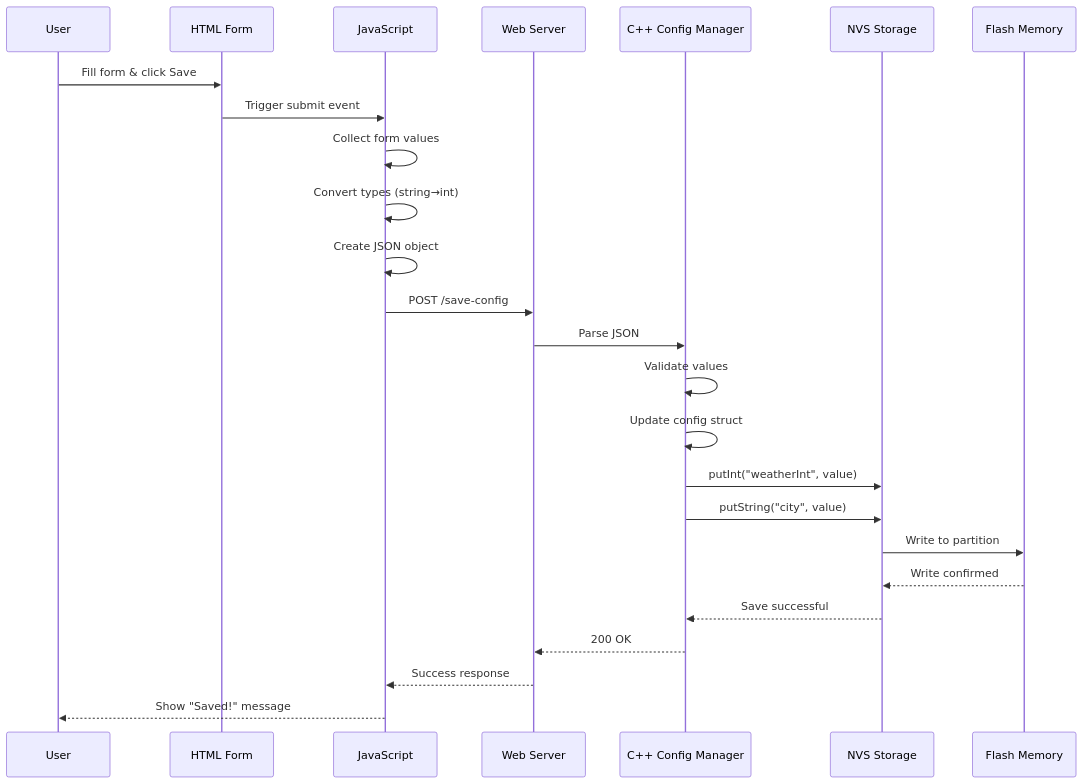
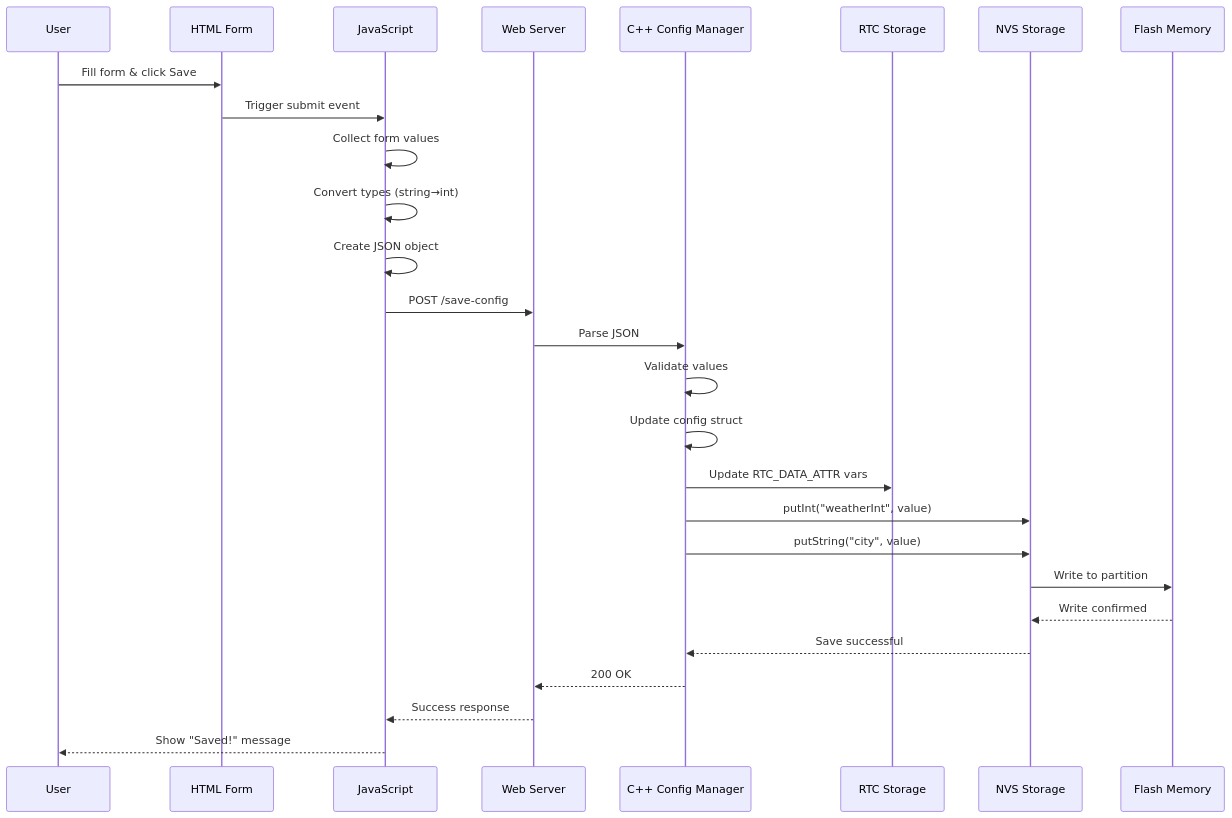
Before and after one commit to gogo-boot/mystation: the second of 4 diagrams in docs/developer-guide/configuration-layers.md, drawn with Mermaid. The commit also changed other lines of this file, not shown here.

````diff
--- a/docs/developer-guide/configuration-layers.md
+++ b/docs/developer-guide/configuration-layers.md
@@ -178,27 +163,29 @@
 ```mermaid
 sequenceDiagram
     participant User
     participant HTML as HTML Form
     participant JS as JavaScript
     participant HTTP as Web Server
     participant CPP as C++ Config Manager
+    participant RTC as RTC Storage
     participant NVS as NVS Storage
     participant Flash as Flash Memory
     User ->> HTML: Fill form & click Save
     HTML ->> JS: Trigger submit event
     JS ->> JS: Collect form values
     JS ->> JS: Convert types (string→int)
     JS ->> JS: Create JSON object
     JS ->> HTTP: POST /save-config
     HTTP ->> CPP: Parse JSON
     CPP ->> CPP: Validate values
     CPP ->> CPP: Update config struct
+    CPP ->> RTC: Update RTC_DATA_ATTR vars
     CPP ->> NVS: putInt("weatherInt", value)
     CPP ->> NVS: putString("city", value)
     NVS ->> Flash: Write to partition
     Flash -->> NVS: Write confirmed
     NVS -->> CPP: Save successful
     CPP -->> HTTP: 200 OK
     HTTP -->> JS: Success response
     JS -->> User: Show "Saved!" message
 ```
````
